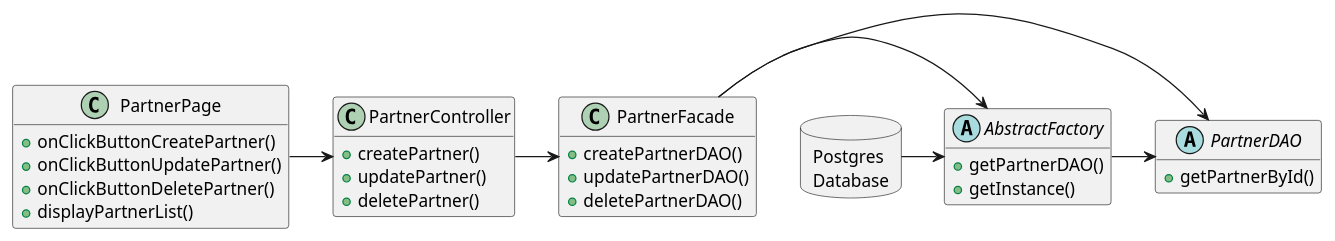
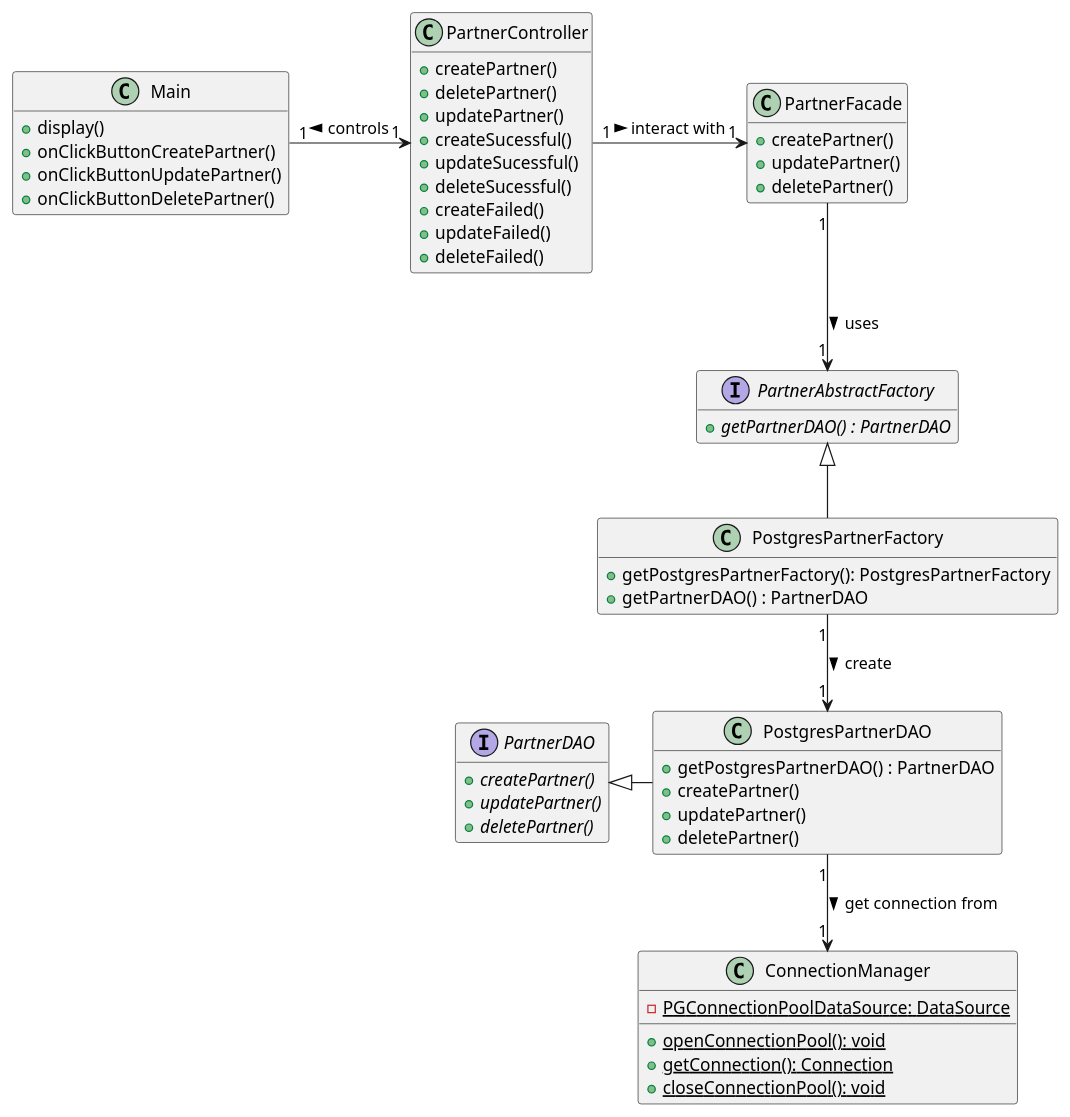
The diagram in doc/reports/final/partners/partners_classDiagram.plantUML (iusildra/WineCellar), drawn with PlantUML before and after one commit. The commit also changed 1 other file, not shown here.

Commit message:
MAJ diagrammes partners

```diff
--- a/doc/reports/final/partners/partners_classDiagram.plantUML
+++ b/doc/reports/final/partners/partners_classDiagram.plantUML
@@ -1,41 +1,74 @@
-@startuml loginClassDiagram
+@startuml PartnerClassDiagram
 hide empty members
-class PartnerPage {
+
+class Main {
+  + display()
   + onClickButtonCreatePartner()
   + onClickButtonUpdatePartner()
   + onClickButtonDeletePartner()
-  + displayPartnerList()
 }
 
 class PartnerController {
+  + createPartner()
+  + deletePartner()
+  + updatePartner()
+  + createSucessful()
+  + updateSucessful()
+  + deleteSucessful()
+  + createFailed()
+  + updateFailed()
+  + deleteFailed()
+}
+
+
+class PartnerFacade {
   + createPartner()
   + updatePartner()
   + deletePartner()
 }
 
-class PartnerFacade{
-  + createPartnerDAO()
-  + updatePartnerDAO()
-  + deletePartnerDAO()
-}
 
-abstract PartnerDAO {
-  + getPartnerById()
-}
-
-abstract AbstractFactory{
-  + getPartnerDAO()
-  + getInstance()
-}
-
-database "Postgres\nDatabase" as Postgres {
+interface PartnerAbstractFactory {
+  + {abstract} getPartnerDAO() : PartnerDAO
 
 }
 
-PartnerPage -> PartnerController
-PartnerController -> PartnerFacade
-PartnerFacade -> AbstractFactory
-AbstractFactory -> PartnerDAO
-Postgres -> AbstractFactory
-PartnerFacade -> PartnerDAO
+
+class PostgresPartnerFactory {
+  + getPostgresPartnerFactory(): PostgresPartnerFactory
+  + getPartnerDAO() : PartnerDAO
+}
+
+
+Interface PartnerDAO {
+  + {abstract} createPartner()
+  + {abstract} updatePartner()
+  + {abstract} deletePartner()
+}
+
+
+class PostgresPartnerDAO{
+  + getPostgresPartnerDAO() : PartnerDAO
+  + createPartner()
+  + updatePartner()
+  + deletePartner()
+}
+
+
+class ConnectionManager {
+  - {static} PGConnectionPoolDataSource: DataSource
+  + {static} openConnectionPool(): void
+  + {static} getConnection(): Connection
+  + {static} closeConnectionPool(): void
+}
+
+PostgresPartnerFactory -u-|> PartnerAbstractFactory
+PostgresPartnerDAO     -l-|> PartnerDAO
+
+Main            "1" -r-> "1" PartnerController: <  controls
+PartnerController      "1" -r-> "1" PartnerFacade: > interact with
+PartnerFacade          "1" --> "1" PartnerAbstractFactory: > uses
+PostgresPartnerFactory "1" --> "1" PostgresPartnerDAO: > create
+PostgresPartnerDAO     "1" --> "1" ConnectionManager:> get connection from
+
 @enduml
```
